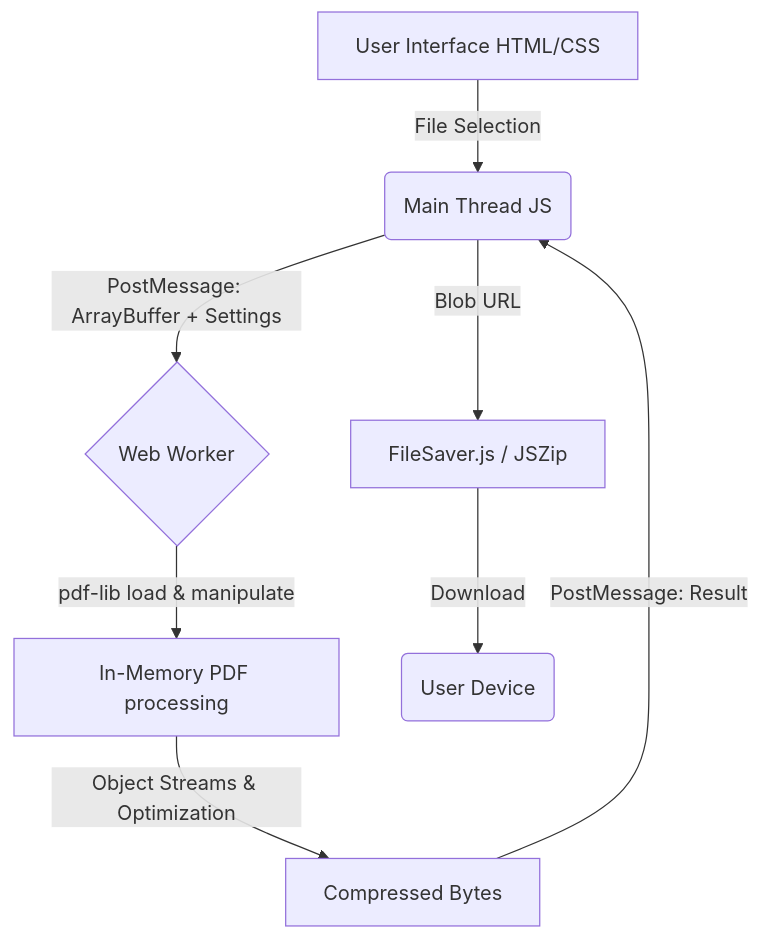
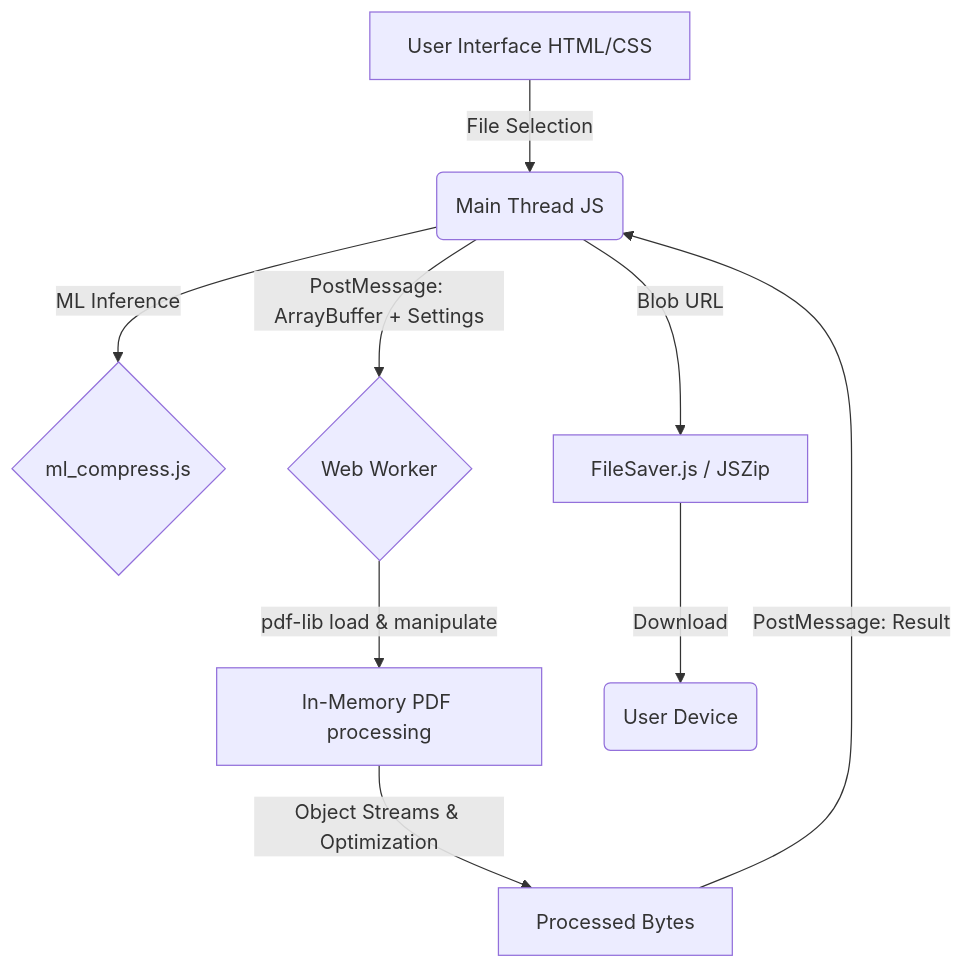
Before and after one commit to abhranilsingharoy-cloud/ZapPDF: the diagram in README.md, drawn with Mermaid. The commit also changed other lines of this file, not shown here.

Commit message:
docs: Update README with ML Smart Compression and new PDF tools

````diff
--- a/README.md
+++ b/README.md
@@ -65,10 +69,11 @@
 ```mermaid
 graph TD
     A[User Interface HTML/CSS] -->|File Selection| B(Main Thread JS)
-    B -->|PostMessage: ArrayBuffer + Settings| C{Web Worker}
-    C -->|pdf-lib load & manipulate| D[In-Memory PDF processing]
-    D -->|Object Streams & Optimization| E[Compressed Bytes]
-    E -->|PostMessage: Result| B
-    B -->|Blob URL| F[FileSaver.js / JSZip]
-    F -->|Download| G(User Device)
+    B -->|ML Inference| C{ml_compress.js}
+    B -->|PostMessage: ArrayBuffer + Settings| D{Web Worker}
+    D -->|pdf-lib load & manipulate| E[In-Memory PDF processing]
+    E -->|Object Streams & Optimization| F[Processed Bytes]
+    F -->|PostMessage: Result| B
+    B -->|Blob URL| G[FileSaver.js / JSZip]
+    G -->|Download| H(User Device)
 ```
````
